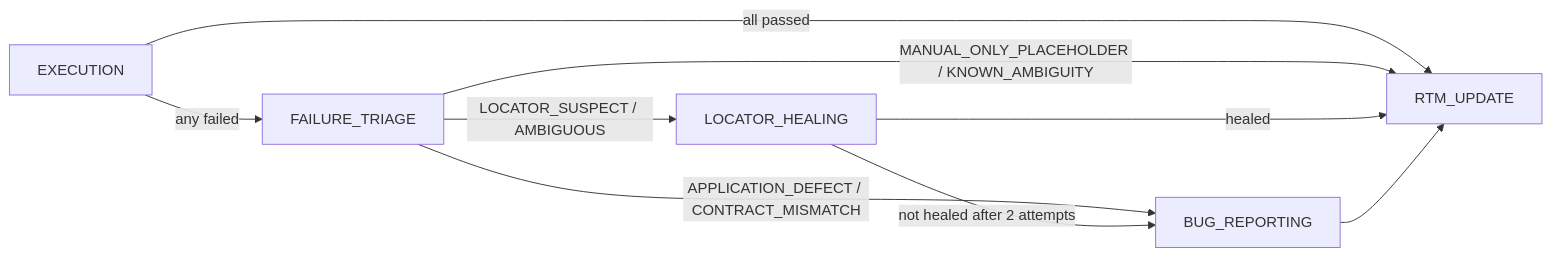
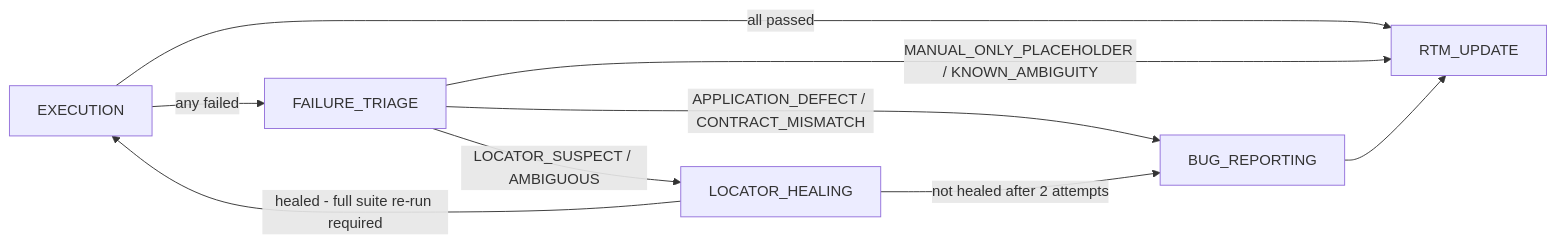
Before and after one commit to Anil3501/eCore_OpenSpec_Poc: the second of 2 diagrams in README.md, drawn with Mermaid. The commit also changed 9 other files, not shown here.

````diff
--- a/README.md
+++ b/README.md
@@ -81,11 +81,11 @@
 ```mermaid
 flowchart LR
   EXEC[EXECUTION] -->|all passed| RTM[RTM_UPDATE]
   EXEC -->|any failed| TRIAGE[FAILURE_TRIAGE]
   TRIAGE -->|APPLICATION_DEFECT / CONTRACT_MISMATCH| BUG[BUG_REPORTING]
   TRIAGE -->|LOCATOR_SUSPECT / AMBIGUOUS| HEAL[LOCATOR_HEALING]
   TRIAGE -->|MANUAL_ONLY_PLACEHOLDER / KNOWN_AMBIGUITY| RTM
-  HEAL -->|healed| RTM
+  HEAL -->|healed - full suite re-run required| EXEC
   HEAL -->|not healed after 2 attempts| BUG
   BUG --> RTM
 ```
````
